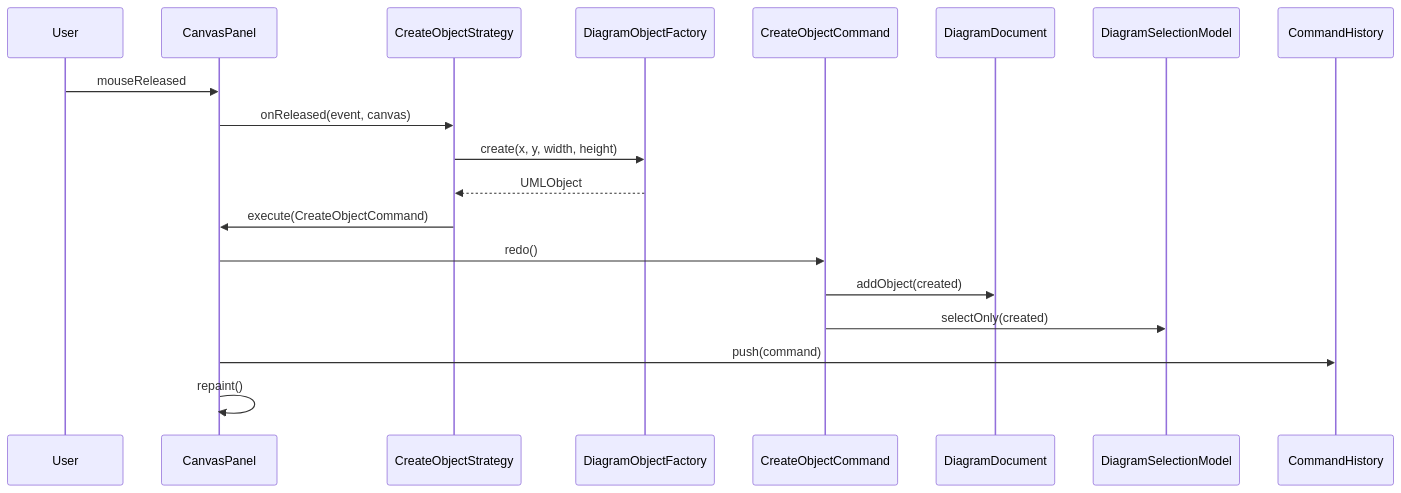
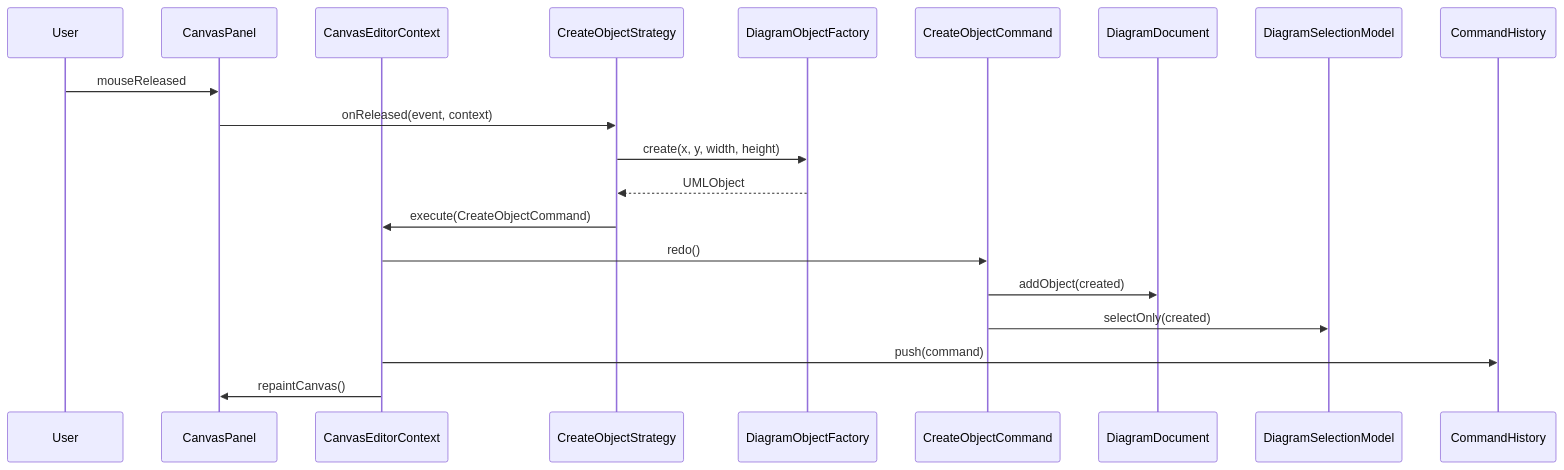
Before and after one commit to HsuChen88/UML-demo: the sixth of 11 diagrams in ARCHITECTURE.md, drawn with Mermaid. The commit also changed other lines of this file, not shown here.

Commit message:
docs: upate ARCHITECTURE.md

````diff
--- a/ARCHITECTURE.md
+++ b/ARCHITECTURE.md
@@ -328,22 +401,23 @@
 ```mermaid
 sequenceDiagram
     participant User
     participant CP as CanvasPanel
+    participant Context as CanvasEditorContext
     participant Strategy as CreateObjectStrategy
     participant Factory as DiagramObjectFactory
     participant Cmd as CreateObjectCommand
     participant Doc as DiagramDocument
     participant Sel as DiagramSelectionModel
     participant Hist as CommandHistory
 
     User->>CP: mouseReleased
-    CP->>Strategy: onReleased(event, canvas)
+    CP->>Strategy: onReleased(event, context)
     Strategy->>Factory: create(x, y, width, height)
     Factory-->>Strategy: UMLObject
-    Strategy->>CP: execute(CreateObjectCommand)
-    CP->>Cmd: redo()
+    Strategy->>Context: execute(CreateObjectCommand)
+    Context->>Cmd: redo()
     Cmd->>Doc: addObject(created)
     Cmd->>Sel: selectOnly(created)
-    CP->>Hist: push(command)
-    CP->>CP: repaint()
+    Context->>Hist: push(command)
+    Context->>CP: repaintCanvas()
 ```
````
